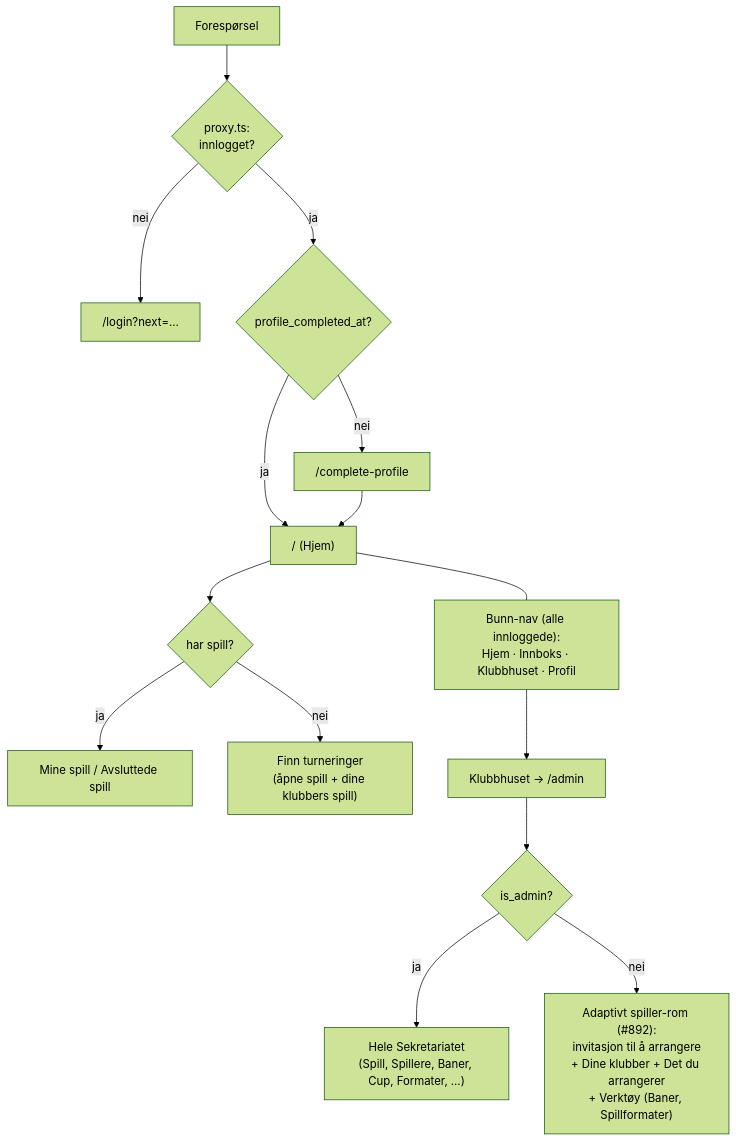
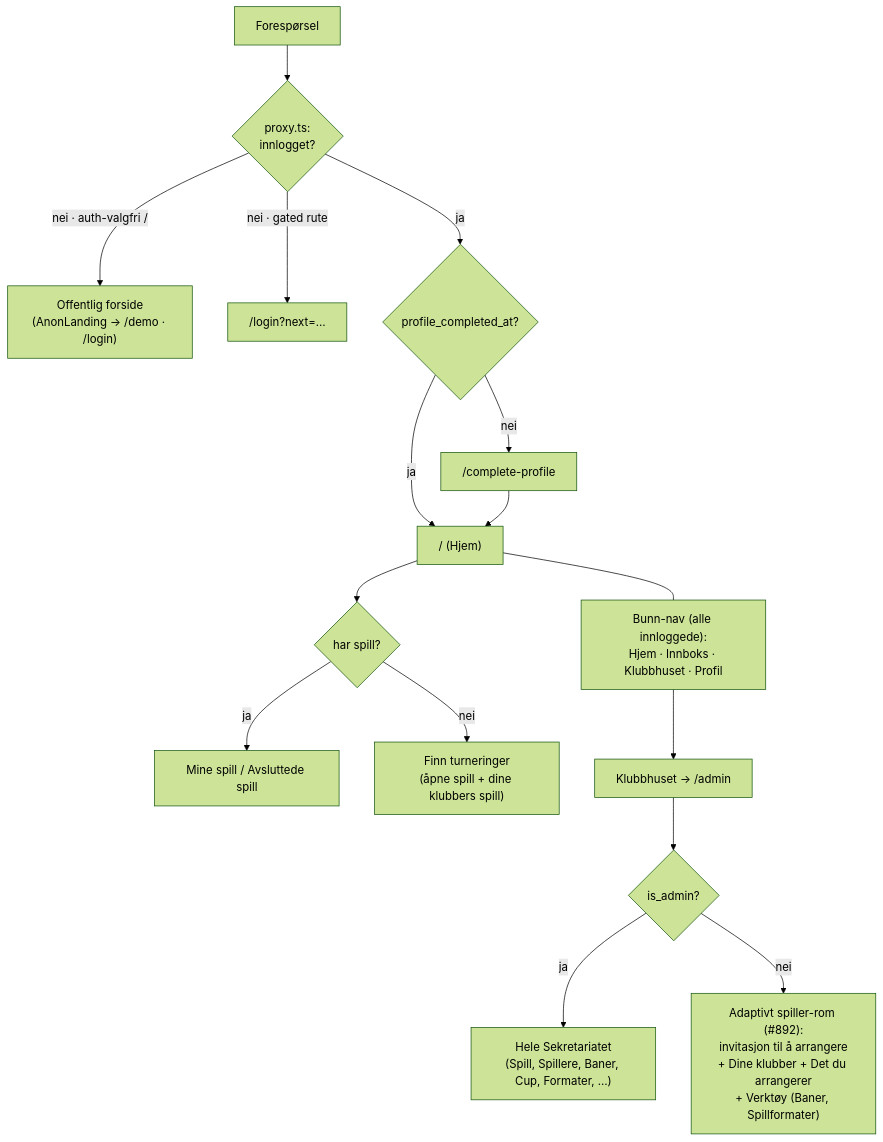
One commit to jdlarssen/golf-app changed the first of 6 diagrams in docs/user-flows.md. Above: the diagram before and after it, drawn with Mermaid (forest theme). The commit also changed other lines of this file and 3 other files, not shown here.

First line of the commit message:
docs: add anonymous / entry node to the bli-bruker flow

````diff
--- a/docs/user-flows.md
+++ b/docs/user-flows.md
@@ -21,18 +26,19 @@
 ```mermaid
 flowchart TD
   Req[Forespørsel] --> P{proxy.ts:<br/>innlogget?}
-  P -- nei --> L["/login?next=…"]
+  P -- "nei · auth-valgfri /" --> Anon["Offentlig forside<br/>(AnonLanding → /demo · /login)"]
+  P -- "nei · gated rute" --> L["/login?next=…"]
   P -- ja --> Prof{profile_completed_at?}
   Prof -- nei --> CP["/complete-profile"]
   Prof -- ja --> Home["/ (Hjem)"]
   CP --> Home
   Home --> PH{har spill?}
   PH -- ja --> List["Mine spill / Avsluttede spill"]
   PH -- nei --> Disc["Finn turneringer<br/>(åpne spill + dine klubbers spill)"]
   Nav["Bunn-nav (alle innloggede):<br/>Hjem · Innboks · Klubbhuset · Profil"]
   Home --- Nav
   Nav --> Klub["Klubbhuset → /admin"]
   Klub --> KP{is_admin?}
   KP -- ja --> Sek["Hele Sekretariatet<br/>(Spill, Spillere, Baner, Cup, Formater, …)"]
   KP -- nei --> PlayerKlub["Adaptivt spiller-rom (#892):<br/>invitasjon til å arrangere<br/>+ Dine klubber + Det du arrangerer<br/>+ Verktøy (Baner, Spillformater)"]
 ```
````
